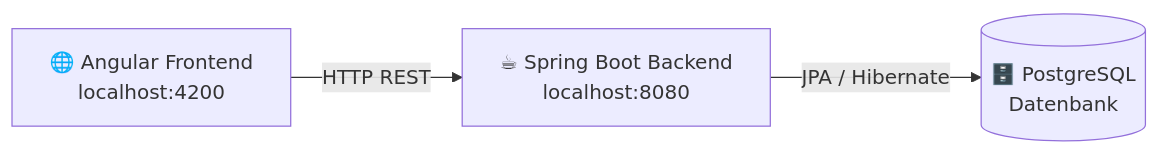
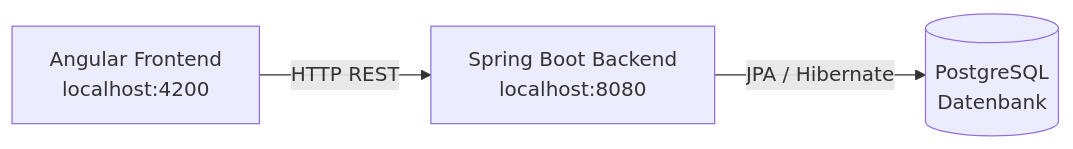
One commit to cemesisk/Team9 changed the first of 3 diagrams in README.md. Above: the diagram before and after it, drawn with Mermaid. The commit also changed other lines of this file and 58 other files, not shown here.

````diff
--- a/README.md
+++ b/README.md
@@ -10,5 +54,5 @@
 ```mermaid
 graph LR
-    A[🌐 Angular Frontend<br/>localhost:4200] -->|HTTP REST| B[☕ Spring Boot Backend<br/>localhost:8080]
-    B -->|JPA / Hibernate| C[(🗄️ PostgreSQL<br/>Datenbank)]
+    A[Angular Frontend<br/>localhost:4200] -->|HTTP REST| B[Spring Boot Backend<br/>localhost:8080]
+    B -->|JPA / Hibernate| C[(PostgreSQL<br/>Datenbank)]
 ```
````
